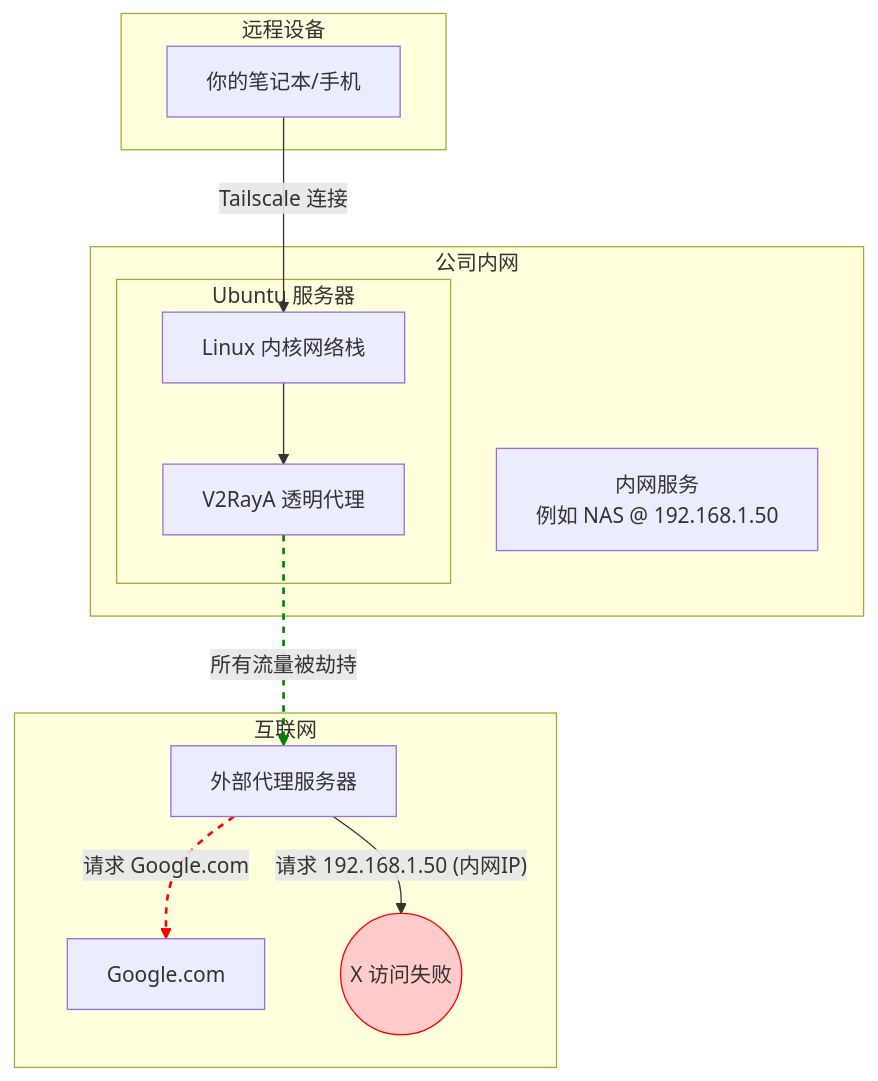
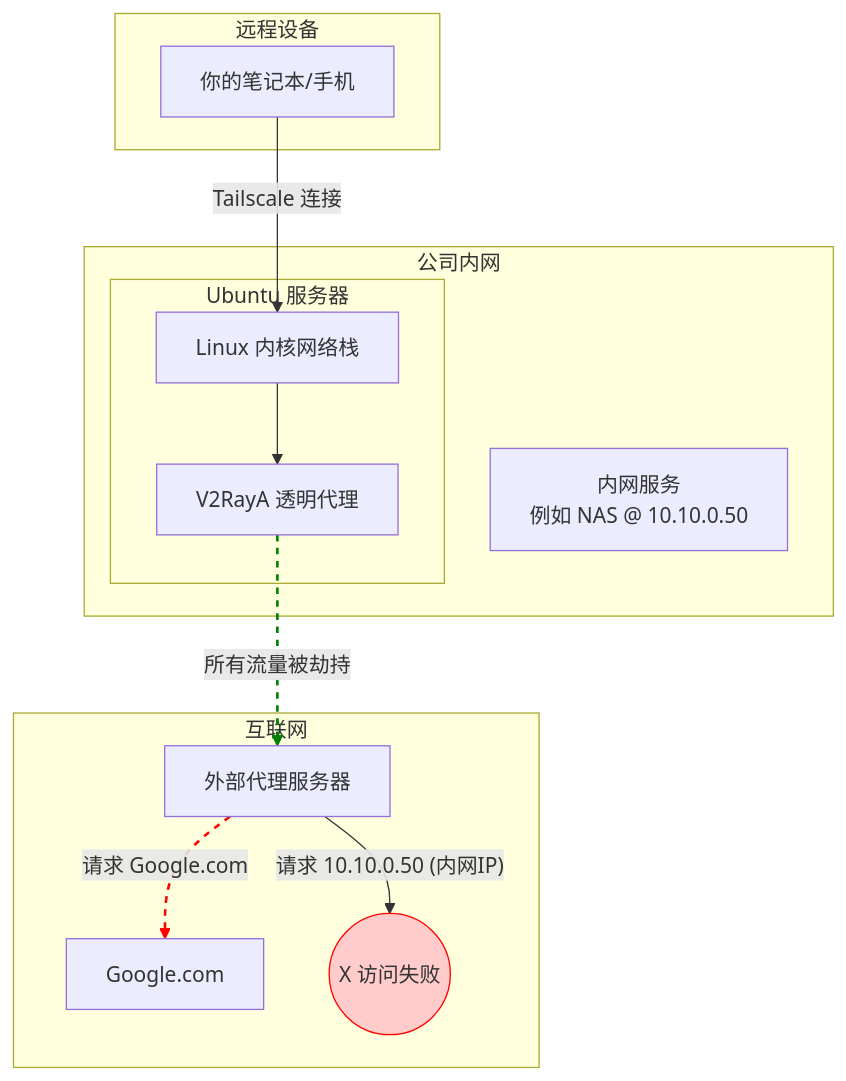
One commit to YuanQiiii/yuanqiiii.github.io changed the first of 2 diagrams in docs/content/guide/网络拓扑结构.md. Above: the diagram before and after it, drawn with Mermaid. The commit also changed other lines of this file, not shown here.

````diff
--- a/docs/content/guide/网络拓扑结构.md
+++ b/docs/content/guide/网络拓扑结构.md
@@ -20,28 +28,28 @@
 ```mermaid
 graph TD
     subgraph "远程设备"
         Client[你的笔记本/手机]
     end
 
     subgraph "公司内网"
         subgraph "Ubuntu 服务器"
             Kernel[Linux 内核网络栈] --> V2RayA[V2RayA 透明代理]
         end
-        InternalService[内网服务<br>例如 NAS @ 192.168.1.50]
+        InternalService[内网服务<br>例如 NAS @ 10.10.0.50]
     end
 
     subgraph "互联网"
         Proxy[外部代理服务器]
         Google[Google.com]
         Failure((X 访问失败))
         style Failure fill:#ffcccb,stroke:#ff0000
     end
 
     Client -- "Tailscale 连接" --> Kernel
     V2RayA -- "所有流量被劫持" --> Proxy
     Proxy -- "请求 Google.com" --> Google
-    Proxy -- "请求 192.168.1.50 (内网IP)" --> Failure
+    Proxy -- "请求 10.10.0.50 (内网IP)" --> Failure
 
     linkStyle 2 stroke:green,stroke-width:2px,stroke-dasharray: 5 5
     linkStyle 3 stroke:red,stroke-width:2px,stroke-dasharray: 5 5
 ```
````
